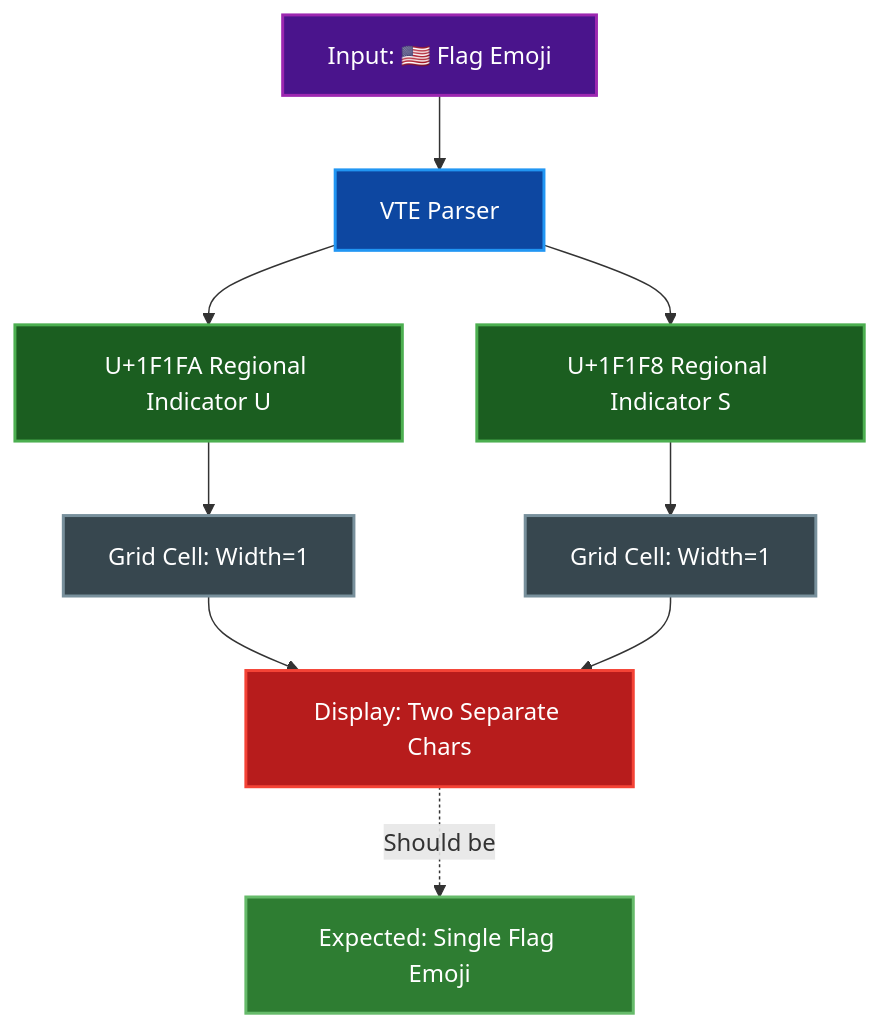
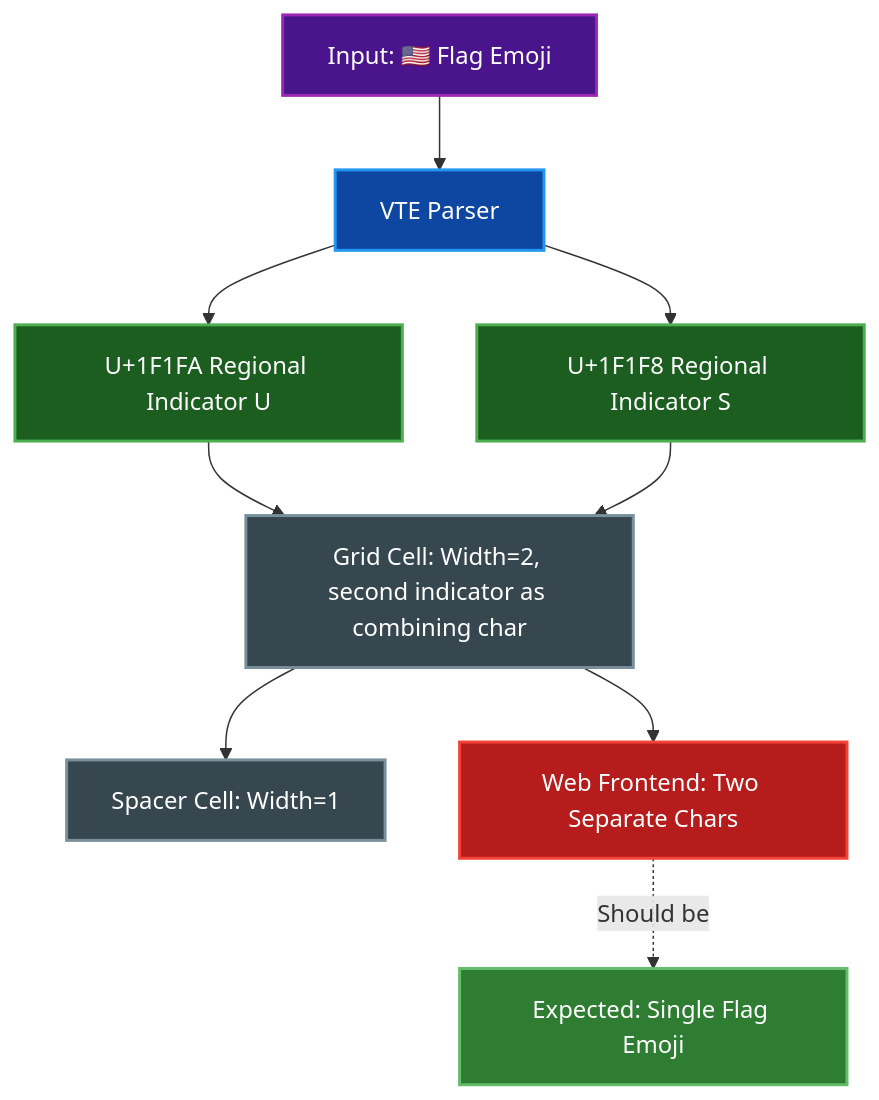
One commit to paulrobello/par-term-emu-core-rust changed the diagram in docs/REGIONAL_FLAG_LIMITATION.md. Above: the diagram before and after it, drawn with Mermaid. The commit also changed other lines of this file and 26 other files, not shown here.

````diff
--- a/docs/REGIONAL_FLAG_LIMITATION.md
+++ b/docs/REGIONAL_FLAG_LIMITATION.md
@@ -41,29 +42,34 @@
 ```mermaid
 graph TD
     Input[Input: 🇺🇸 Flag Emoji]
     Parser[VTE Parser]
     Char1[U+1F1FA Regional Indicator U]
     Char2[U+1F1F8 Regional Indicator S]
-    Cell1[Grid Cell: Width=1]
-    Cell2[Grid Cell: Width=1]
-    Display[Display: Two Separate Chars]
+    Cell1[Grid Cell: Width=2, second indicator as combining char]
+    Spacer[Spacer Cell: Width=1]
+    Display[Web Frontend: Two Separate Chars]
     Expected[Expected: Single Flag Emoji]
 
     Input --> Parser
     Parser --> Char1
     Parser --> Char2
     Char1 --> Cell1
-    Char2 --> Cell2
+    Char2 --> Cell1
+    Cell1 --> Spacer
     Cell1 --> Display
-    Cell2 --> Display
     Display -.Should be.-> Expected
 
-    style Input fill:#4a148c,stroke:#9c27b0,stroke-width:2px,color:#ffffff
-    style Parser fill:#0d47a1,stroke:#2196f3,stroke-width:2px,color:#ffffff
-    style Char1 fill:#1b5e20,stroke:#4caf50,stroke-width:2px,color:#ffffff
-    style Char2 fill:#1b5e20,stroke:#4caf50,stroke-width:2px,color:#ffffff
-    style Cell1 fill:#37474f,stroke:#78909c,stroke-width:2px,color:#ffffff
-    style Cell2 fill:#37474f,stroke:#78909c,stroke-width:2px,color:#ffffff
-    style Display fill:#b71c1c,stroke:#f44336,stroke-width:2px,color:#ffffff
-    style Expected fill:#2e7d32,stroke:#66bb6a,stroke-width:2px,color:#ffffff
+    class Input external
+    class Parser info
+    class Char1,Char2 active
+    class Cell1,Spacer neutral
+    class Display error
+    class Expected success
+
+    classDef external fill:#4a148c,stroke:#9c27b0,stroke-width:2px,color:#ffffff
+    classDef info fill:#0d47a1,stroke:#2196f3,stroke-width:2px,color:#ffffff
+    classDef active fill:#1b5e20,stroke:#4caf50,stroke-width:2px,color:#ffffff
+    classDef neutral fill:#37474f,stroke:#78909c,stroke-width:2px,color:#ffffff
+    classDef error fill:#b71c1c,stroke:#f44336,stroke-width:2px,color:#ffffff
+    classDef success fill:#2e7d32,stroke:#66bb6a,stroke-width:2px,color:#ffffff
 ```
````
